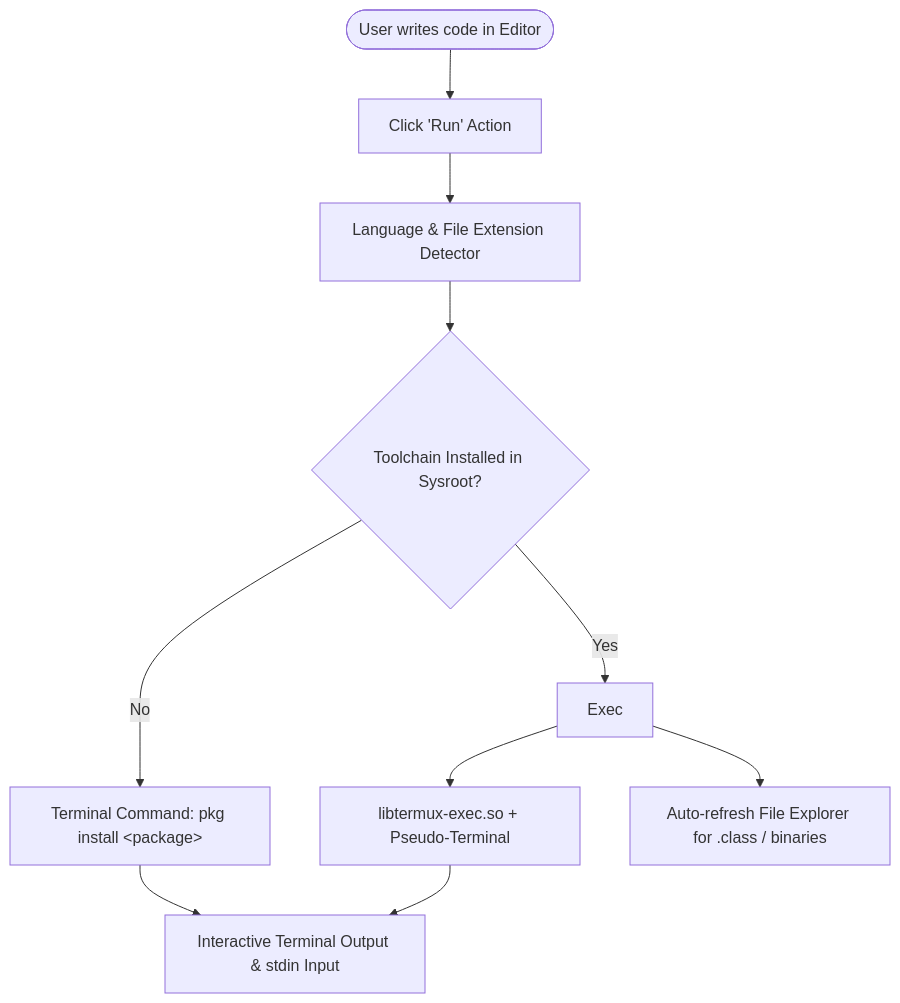
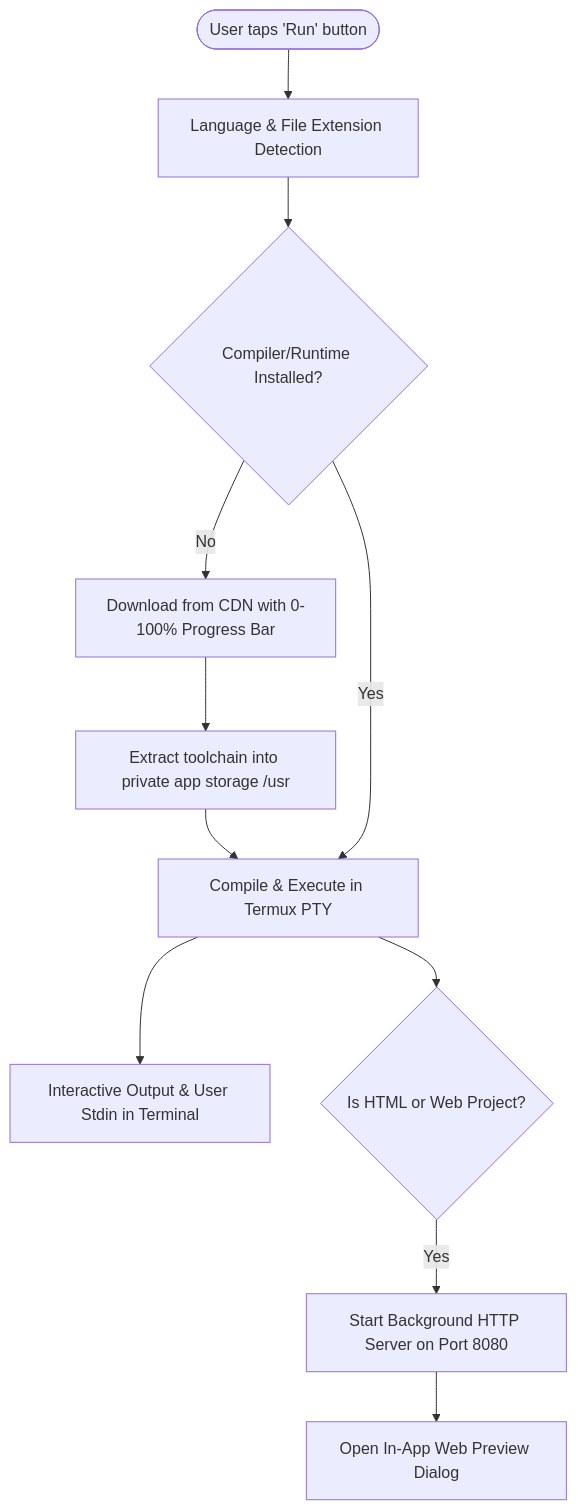
Before and after one commit to raj40870-pixel/code-eidter-app: the diagram in README.md, drawn with Mermaid. The commit also changed other lines of this file and 8 other files, not shown here.

Commit message:
feat: Add standalone toolchain installer, multi-language runners, code shuffling fix, and comprehensive APK build docs

````diff
--- a/README.md
+++ b/README.md
@@ -71,12 +67,13 @@
 ```mermaid
 flowchart TD
-    User([User writes code in Editor]) --> RunBtn[Click 'Run' Action]
-    RunBtn --> Detect[Language & File Extension Detector]
-    Detect --> CheckPkg{Toolchain Installed in Sysroot?}
-    CheckPkg -- No --> PromptInst[Terminal Command: pkg install &lt;package&gt;]
-    CheckPkg -- Yes --> Exec
-    PromptInst --> TermView[Interactive Terminal Installation]
-    Exec --> PTY[libtermux-exec.so + Pseudo-Terminal]
-    PTY --> TermView[Interactive Terminal Output & stdin Input]
-    Exec --> Sync[Auto-refresh File Explorer for .class / binaries]
+    User([User taps 'Run' button]) --> Detect[Language & File Extension Detection]
+    Detect --> CheckToolchain{Compiler/Runtime Installed?}
+    CheckToolchain -- No --> CDN[Download from CDN with 0-100% Progress Bar]
+    CDN --> Install[Extract toolchain into private app storage /usr]
+    Install --> Exec
+    CheckToolchain -- Yes --> Exec[Compile & Execute in Termux PTY]
+    Exec --> Terminal[Interactive Output & User Stdin in Terminal]
+    Exec --> WebCheck{Is HTML or Web Project?}
+    WebCheck -- Yes --> WebServer[Start Background HTTP Server on Port 8080]
+    WebServer --> Preview[Open In-App Web Preview Dialog]
 ```
````
